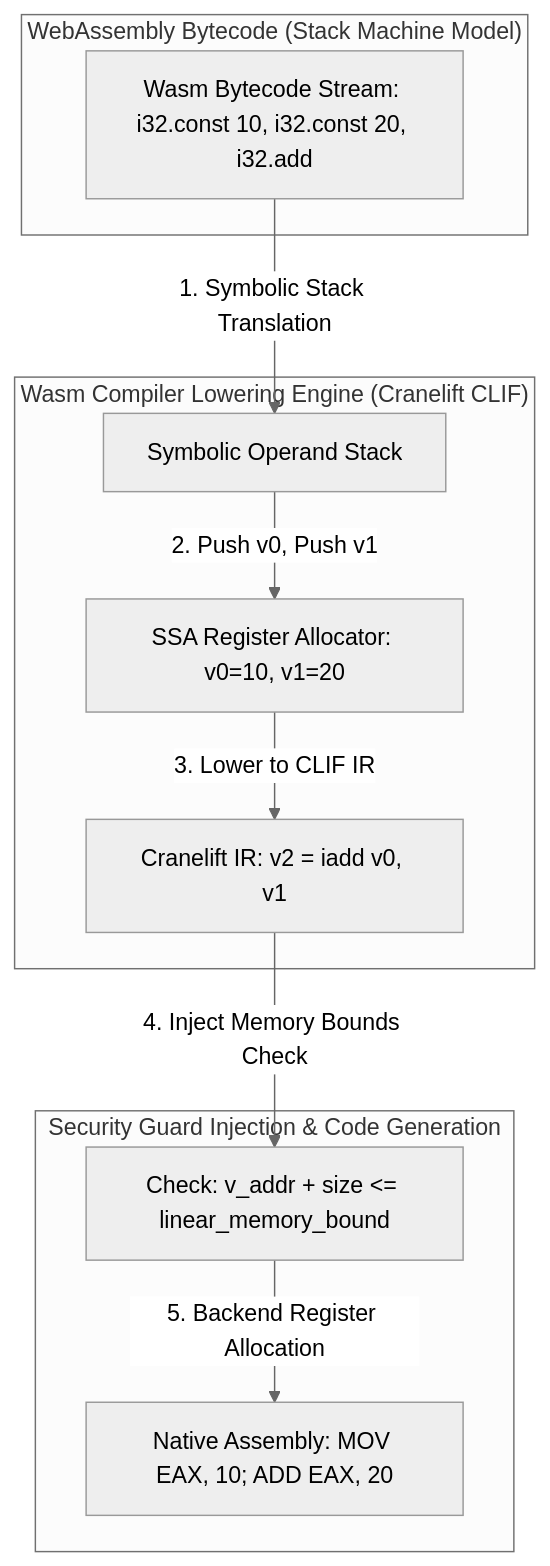
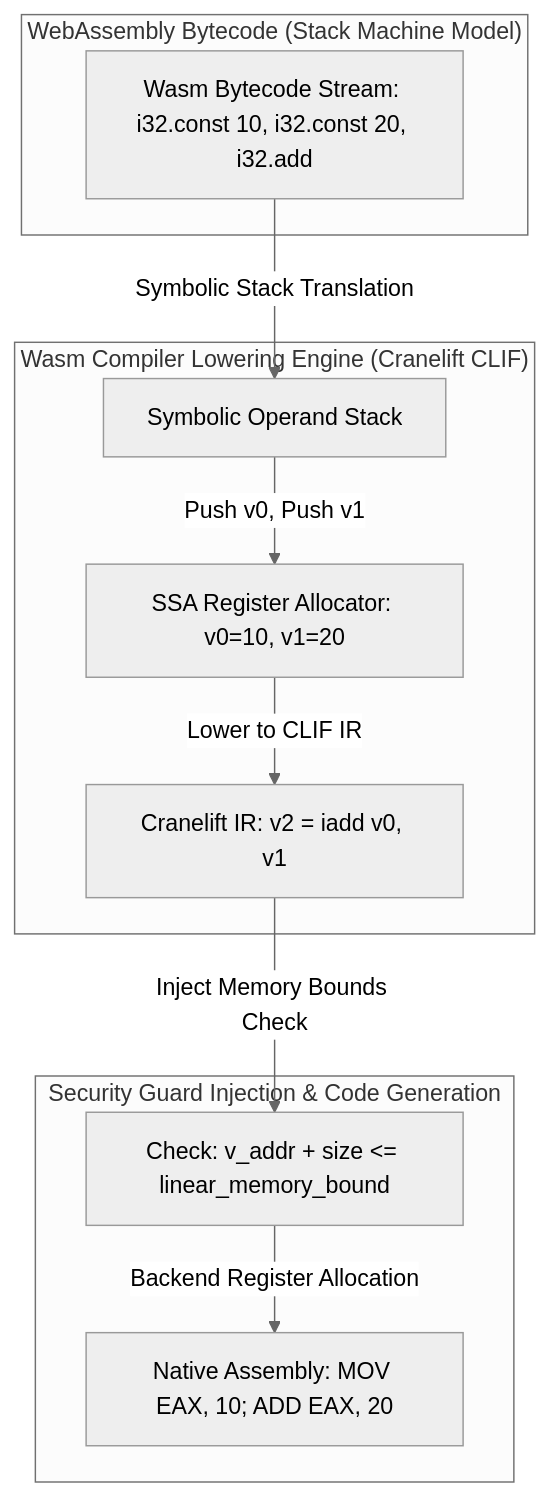
Before and after one commit to akmalkhaniub/akmalkhaniub.github.io: the diagram in blog/posts/webassembly-compiler-lowering-llvm-cranelift-code-generation.md, drawn with Mermaid (neutral theme). The commit also changed 411 other files, not shown here.

````diff
--- a/blog/posts/webassembly-compiler-lowering-llvm-cranelift-code-generation.md
+++ b/blog/posts/webassembly-compiler-lowering-llvm-cranelift-code-generation.md
@@ -19,17 +19,17 @@
 ```mermaid
-graph TD
+flowchart TD
   subgraph SG1_WebassemblyBytecodeStack ["WebAssembly Bytecode (Stack Machine Model)"]
     WasmBytecode["Wasm Bytecode Stream: i32.const 10, i32.const 20, i32.add"]
   end
   
   subgraph SG2_WasmCompilerLowering ["Wasm Compiler Lowering Engine (Cranelift CLIF)"]
-    WasmBytecode -->|1. Symbolic Stack Translation| StackMapper[Symbolic Operand Stack]
-    StackMapper -->|2. Push v0, Push v1| SSABlocks[SSA Register Allocator: v0=10, v1=20]
-    SSABlocks -->|3. Lower to CLIF IR| CLIF[Cranelift IR: v2 = iadd v0, v1]
+    WasmBytecode -->|Symbolic Stack Translation| StackMapper[Symbolic Operand Stack]
+    StackMapper -->|Push v0, Push v1| SSABlocks[SSA Register Allocator: v0=10, v1=20]
+    SSABlocks -->|Lower to CLIF IR| CLIF[Cranelift IR: v2 = iadd v0, v1]
   end
   
   subgraph SG3_SecurityGuardInjection ["Security Guard Injection & Code Generation"]
-    CLIF -->|4. Inject Memory Bounds Check| BoundsCheck[Check: v_addr + size <= linear_memory_bound]
-    BoundsCheck -->|5. Backend Register Allocation| NativeASM["Native Assembly: MOV EAX, 10; ADD EAX, 20"]
+    CLIF -->|Inject Memory Bounds Check| BoundsCheck[Check: v_addr + size <= linear_memory_bound]
+    BoundsCheck -->|Backend Register Allocation| NativeASM["Native Assembly: MOV EAX, 10; ADD EAX, 20"]
   end
 ```
````
